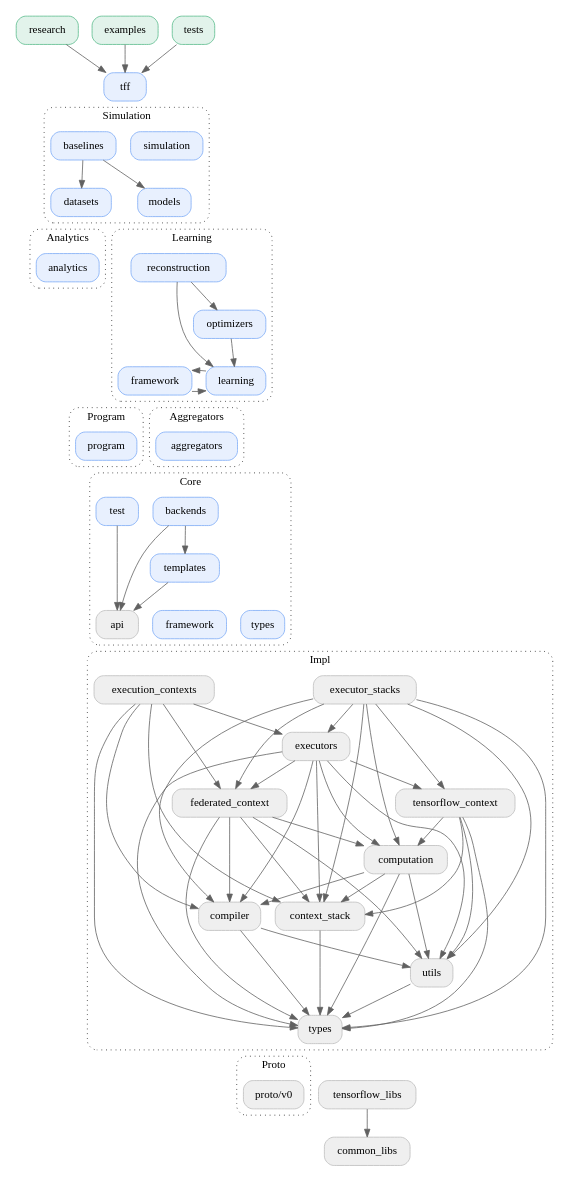
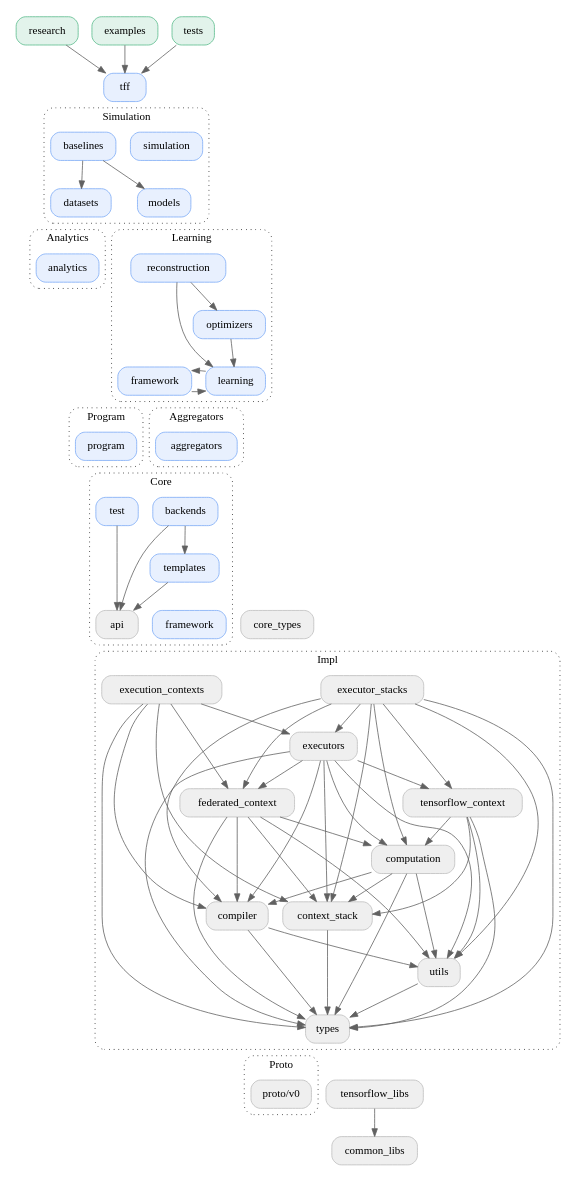
One commit to google-parfait/tensorflow-federated changed the diagram in docs/design/package_structure.dot. Above: the diagram before and after it, drawn with Graphviz. The commit also changed 8 other files, not shown here.

```diff
--- a/docs/design/package_structure.dot
+++ b/docs/design/package_structure.dot
@@ -1,192 +1,191 @@
 digraph {
   graph [style="dotted,rounded", size="9 100"]
   node [shape="box", style="rounded,filled", fillcolor="#efefef", color="#bdbdbd"]
   edge [color="#616161"]
   newrank=true
 
   // Using TFF
   research -> tff
   examples -> tff
   tests -> tff
 
   research [href="https://github.com/google-research/federated/blob/master" target="_parent", fillcolor="#E2F3EB", color="#57BB8A"]
   examples [href="https://github.com/tensorflow/federated/blob/main/tensorflow_federated/examples" target="_parent", fillcolor="#E2F3EB", color="#57BB8A"]
   tests [href="https://github.com/tensorflow/federated/blob/main/tensorflow_federated/python/tests" target="_parent", fillcolor="#E2F3EB", color="#57BB8A"]
 
   // TFF
   tff -> simulation [arrowhead="none", style="invisible"]
   tff -> simulation_baselines [arrowhead="none", style="invisible"]
 
   tff [href="https://github.com/tensorflow/federated/blob/main/tensorflow_federated" target="_parent", fillcolor="#E8F0FE", color="#7BAAF7"]
 
   // Simulation
   simulation_baselines -> simulation_models
   simulation_baselines -> simulation_datasets
 
   simulation_models -> learning_reconstruction [arrowhead="none", style="invisible"]
   simulation_datasets -> analytics [arrowhead="none", style="invisible"]
 
   subgraph cluster_simulation {
     graph [label="Simulation", href="https://github.com/tensorflow/federated/blob/main/tensorflow_federated/python/simulation" target="_parent"]
     simulation_baselines [label="baselines", href="https://github.com/tensorflow/federated/blob/main/tensorflow_federated/python/simulation/baselines" target="_parent", fillcolor="#E8F0FE", color="#7BAAF7"]
     simulation_models [label="models", href="https://github.com/tensorflow/federated/blob/main/tensorflow_federated/python/simulation/models" target="_parent", fillcolor="#E8F0FE", color="#7BAAF7"]
     simulation_datasets [label="datasets", href="https://github.com/tensorflow/federated/blob/main/tensorflow_federated/python/simulation/datasets" target="_parent", fillcolor="#E8F0FE", color="#7BAAF7"]
     simulation [href="https://github.com/tensorflow/federated/blob/main/tensorflow_federated/python/simulation" target="_parent", fillcolor="#E8F0FE", color="#7BAAF7"]
   }
 
   // Learning
   learning_reconstruction -> learning
   learning_reconstruction -> learning_optimizers
   learning_optimizers -> learning
   learning_framework -> learning
   learning_framework -> learning [dir=back]
 
   learning -> aggregators [arrowhead="none", style="invisible"]
   learning -> program [arrowhead="none", style="invisible"]
 
   subgraph cluster_learning {
     graph [label="Learning", href="https://github.com/tensorflow/federated/blob/main/tensorflow_federated/python/learning" target="_parent"]
     learning_reconstruction [label="reconstruction", href="https://github.com/tensorflow/federated/blob/main/tensorflow_federated/python/learning/reconstruction" target="_parent", fillcolor="#E8F0FE", color="#7BAAF7"]
     learning_optimizers [label="optimizers", href="https://github.com/tensorflow/federated/blob/main/tensorflow_federated/python/learning/optimizers" target="_parent", fillcolor="#E8F0FE", color="#7BAAF7"]
     learning_framework [label="framework", href="https://github.com/tensorflow/federated/blob/main/tensorflow_federated/python/learning/framework" target="_parent", fillcolor="#E8F0FE", color="#7BAAF7"]
     learning [href="https://github.com/tensorflow/federated/blob/main/tensorflow_federated/python/learning" target="_parent", fillcolor="#E8F0FE", color="#7BAAF7"]
   }
 
   // Analytics
   analytics -> aggregators [arrowhead="none", style="invisible"]
   analytics -> program [arrowhead="none", style="invisible"]
 
   subgraph cluster_analytics {
     graph [label="Analytics", href="https://github.com/tensorflow/federated/blob/main/tensorflow_federated/python/analytics" target="_parent"]
     analytics [href="https://github.com/tensorflow/federated/blob/main/tensorflow_federated/python/analytics" target="_parent", fillcolor="#E8F0FE", color="#7BAAF7"]
   }
 
   // Aggregators
   aggregators -> core_backends [arrowhead="none", style="invisible"]
   aggregators -> core_test [arrowhead="none", style="invisible"]
 
   subgraph cluster_aggregators {
     graph [label="Aggregators", href="https://github.com/tensorflow/federated/blob/main/tensorflow_federated/python/aggregators" target="_parent"]
     aggregators [href="https://github.com/tensorflow/federated/blob/main/tensorflow_federated/python/aggregators" target="_parent", fillcolor="#E8F0FE", color="#7BAAF7"]
   }
 
   // Program
   program -> core_backends [arrowhead="none", style="invisible"]
   program -> core_test [arrowhead="none", style="invisible"]
 
   subgraph cluster_program {
     graph [label="Program", href="https://github.com/tensorflow/federated/blob/main/tensorflow_federated/python/program" target="_parent"]
     program [href="https://github.com/tensorflow/federated/blob/main/tensorflow_federated/python/program" target="_parent", fillcolor="#E8F0FE", color="#7BAAF7"]
   }
 
   // Core
   core_backends -> core_api
   core_backends -> core_templates
   core_templates -> core_api
   core_test -> core_api
 
   core_api -> core_framework [arrowhead="none", style="invisible"]
   core_framework -> core_types [arrowhead="none", style="invisible"]
   core_types -> impl_executor_stacks [arrowhead="none", style="invisible"]
   core_types -> impl_execution_contexts [arrowhead="none", style="invisible"]
 
   subgraph cluster_core {
     graph [label="Core", href="https://github.com/tensorflow/federated/blob/main/tensorflow_federated/python/core" target="_parent"]
     core_backends [label="backends", href="https://github.com/tensorflow/federated/blob/main/tensorflow_federated/python/core/backends" target="_parent", fillcolor="#E8F0FE", color="#7BAAF7"]
     core_templates [label="templates", href="https://github.com/tensorflow/federated/blob/main/tensorflow_federated/python/core/templates" target="_parent", fillcolor="#E8F0FE", color="#7BAAF7"]
     core_test [label="test", href="https://github.com/tensorflow/federated/blob/main/tensorflow_federated/python/core/test" target="_parent", fillcolor="#E8F0FE", color="#7BAAF7"]
     core_api [label="api", href="https://github.com/tensorflow/federated/blob/main/tensorflow_federated/python/core/api" target="_parent"]
     core_framework [label="framework", href="https://github.com/tensorflow/federated/blob/main/tensorflow_federated/python/core/framework" target="_parent", fillcolor="#E8F0FE", color="#7BAAF7"]
-    core_types [label="types", href="https://github.com/tensorflow/federated/blob/main/tensorflow_federated/python/core/types" target="_parent", fillcolor="#E8F0FE", color="#7BAAF7"]
   }
 
   // Impl
   impl_execution_contexts -> impl_federated_context
   impl_execution_contexts -> impl_types
   impl_execution_contexts -> impl_executors
   impl_execution_contexts -> impl_context_stack
   impl_execution_contexts -> impl_compiler
   //impl_execution_contexts -> impl_executor_stacks [arrowhead="none", style="dotted"]
   impl_executor_stacks -> impl_executors
   impl_executor_stacks -> impl_tensorflow_context
   impl_executor_stacks -> impl_federated_context
   impl_executor_stacks -> impl_computation
   impl_executor_stacks -> impl_compiler
   impl_executor_stacks -> impl_utils
   impl_executor_stacks -> impl_context_stack
   impl_executor_stacks -> impl_types
   impl_executors -> impl_tensorflow_context
   impl_executors -> impl_federated_context
   impl_executors -> impl_computation
   impl_executors -> impl_compiler
   impl_executors -> impl_utils
   impl_executors -> impl_context_stack
   impl_executors -> impl_types
   impl_tensorflow_context -> impl_computation
   impl_tensorflow_context -> impl_utils
   impl_tensorflow_context -> impl_context_stack
   impl_tensorflow_context -> impl_types
   impl_federated_context -> impl_computation
   impl_federated_context -> impl_compiler
   impl_federated_context -> impl_utils
   impl_federated_context -> impl_context_stack
   impl_federated_context -> impl_types
   impl_computation -> impl_compiler
   impl_computation -> impl_utils
   impl_computation -> impl_context_stack
   impl_computation -> impl_types
   impl_compiler -> impl_types
   impl_compiler -> impl_utils
   impl_context_stack -> impl_types
   impl_utils -> impl_types
 
   impl_types -> proto_v0 [arrowhead="none", style="invisible"]
   impl_types -> tensorflow_libs [arrowhead="none", style="invisible"]
 
   subgraph cluster_impl {
     graph [label="Impl", href="https://github.com/tensorflow/federated/blob/main/tensorflow_federated/python/core/impl" target="_parent"]
     impl_execution_contexts [label="execution_contexts", href="https://github.com/tensorflow/federated/blob/main/tensorflow_federated/python/core/impl/execution_contexts" target="_parent"]
     impl_executor_stacks [label="executor_stacks", href="https://github.com/tensorflow/federated/blob/main/tensorflow_federated/python/core/impl/executor_stacks" target="_parent"]
     impl_executors [label="executors", href="https://github.com/tensorflow/federated/blob/main/tensorflow_federated/python/core/impl/executors" target="_parent"]
     impl_tensorflow_context [label="tensorflow_context", href="https://github.com/tensorflow/federated/blob/main/tensorflow_federated/python/core/impl/tensorflow_context" target="_parent"]
     impl_federated_context [label="federated_context", href="https://github.com/tensorflow/federated/blob/main/tensorflow_federated/python/core/impl/federated_context" target="_parent"]
     impl_computation [label="computation", href="https://github.com/tensorflow/federated/blob/main/tensorflow_federated/python/core/impl/computation" target="_parent"]
     impl_compiler [label="compiler", href="https://github.com/tensorflow/federated/blob/main/tensorflow_federated/python/core/impl/compiler" target="_parent"]
     impl_context_stack [label="context_stack", href="https://github.com/tensorflow/federated/blob/main/tensorflow_federated/python/core/impl/context_stack" target="_parent"]
     impl_utils [label="utils", href="https://github.com/tensorflow/federated/blob/main/tensorflow_federated/python/core/impl/utils" target="_parent"]
     impl_types [label="types", href="https://github.com/tensorflow/federated/blob/main/tensorflow_federated/python/core/impl/types" target="_parent"]
   }
 
   // Proto
   subgraph cluster_proto {
     graph [label="Proto", href="https://github.com/tensorflow/federated/blob/main/tensorflow_federated/proto" target="_parent"]
     proto_v0 [label="proto/v0" href="https://github.com/tensorflow/federated/blob/main/tensorflow_federated/proto/v0" target="_parent"]
   }
 
   // Other
   tensorflow_libs [href="https://github.com/tensorflow/federated/blob/main/tensorflow_federated/python/tensorflow_libs" target="_parent"]
   common_libs [href="https://github.com/tensorflow/federated/blob/main/tensorflow_federated/python/common_libs" target="_parent"]
   tensorflow_libs -> common_libs
 
   // Layout
   {rank=same; examples, tests, research}
   {rank=same; tff}
   {rank=same; simulation, simulation_baselines}
   {rank=same; simulation_models, simulation_datasets}
   {rank=same; learning_reconstruction, analytics}
   {rank=same; learning_optimizers}
   {rank=same; learning, learning_framework}
   {rank=same; aggregators}
   {rank=same; core_backends, core_test}
   {rank=same; core_templates}
   {rank=same; core_api, core_framework, core_types}
   {rank=same; impl_execution_contexts, impl_executor_stacks}
   {rank=same; impl_executors}
   {rank=same; impl_tensorflow_context, impl_federated_context}
   {rank=same; impl_computation}
   {rank=same; impl_compiler, impl_context_stack}
   {rank=same; impl_utils}
   {rank=same; impl_types}
   {rank=same; proto_v0, tensorflow_libs}
   {rank=same; common_libs}
 }
```
